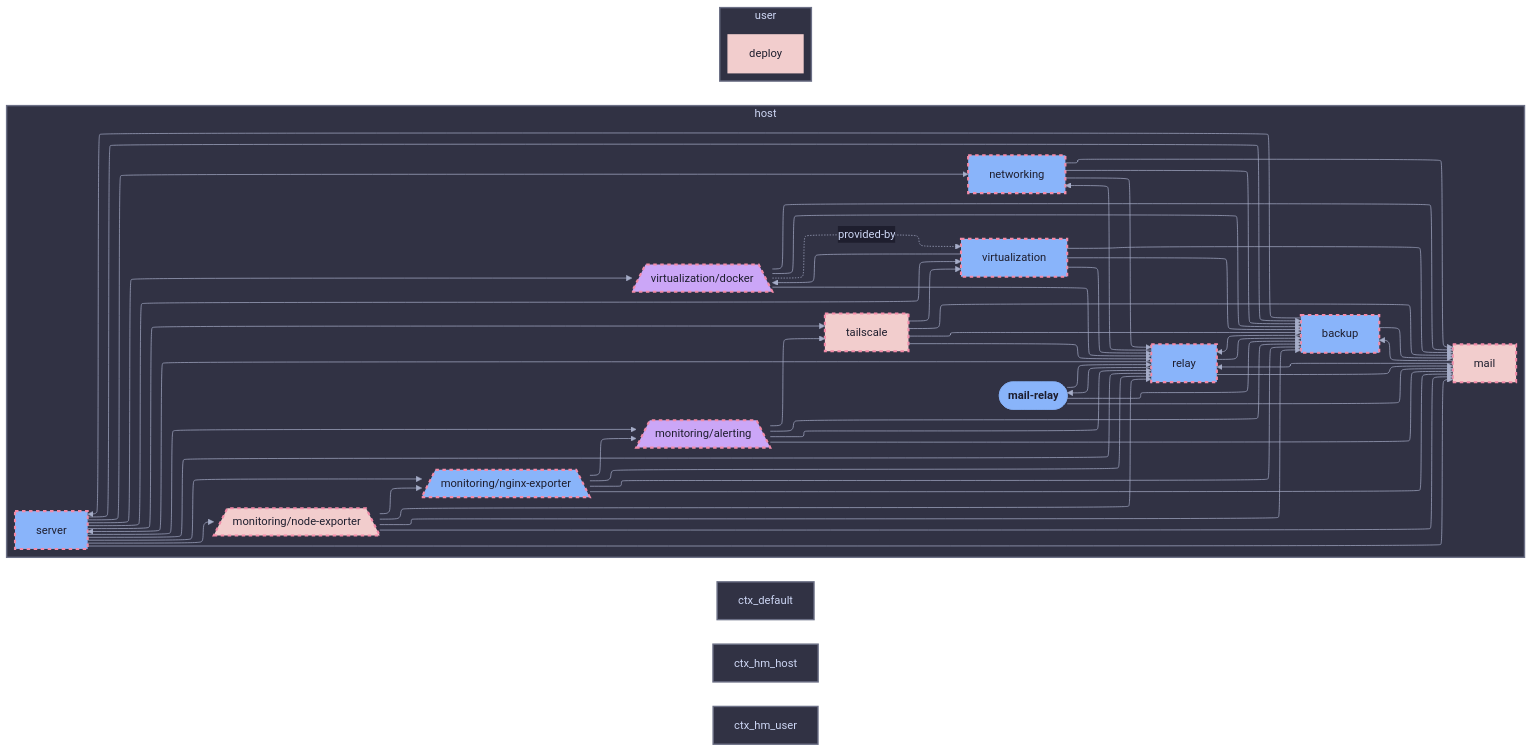
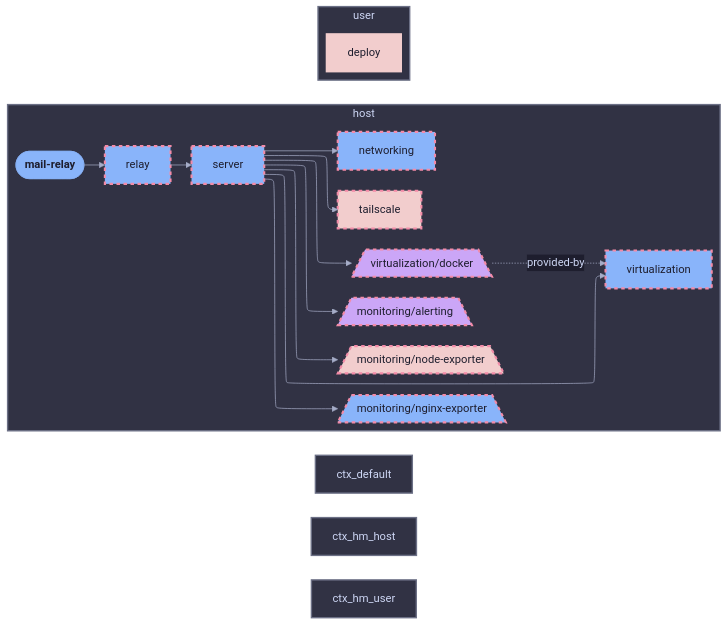
Before and after one commit to sini/den: the diagram in templates/diag-fx-demo/diagrams/mail-relay-diff-classes.md, drawn with Mermaid. The commit also changed 849 other files, not shown here.

Commit message:
chore: update fx diagrams

```diff
--- a/templates/diag-fx-demo/diagrams/mail-relay-diff-classes.md
+++ b/templates/diag-fx-demo/diagrams/mail-relay-diff-classes.md
@@ -9,9 +9,7 @@
 
   subgraph ctx_host["host"]
   monitoring__alerting[/"monitoring/alerting"\]:::monitoring__alerting_c
-  backup["backup"]:::backup_c
   virtualization__docker[/"virtualization/docker"\]:::virtualization__docker_c
-  mail["mail"]:::mail_c
   networking["networking"]:::networking_c
   monitoring__nginx_exporter[/"monitoring/nginx-exporter"\]:::monitoring__nginx_exporter_c
   monitoring__node_exporter[/"monitoring/node-exporter"\]:::monitoring__node_exporter_c
@@ -19,55 +17,15 @@
   server["server"]:::server_c
   tailscale["tailscale"]:::tailscale_c
   virtualization["virtualization"]:::virtualization_c
-  backup --> mail
-  backup --> relay
-  backup --> server
-  mail --> backup
-  mail --> relay
-  mail_relay --> backup
-  mail_relay --> mail
   mail_relay --> relay
-  monitoring__alerting --> backup
-  monitoring__alerting --> mail
-  monitoring__alerting --> relay
-  monitoring__alerting --> tailscale
-  monitoring__nginx_exporter --> backup
-  monitoring__nginx_exporter --> mail
-  monitoring__nginx_exporter --> monitoring__alerting
-  monitoring__nginx_exporter --> relay
-  monitoring__node_exporter --> backup
-  monitoring__node_exporter --> mail
-  monitoring__node_exporter --> monitoring__nginx_exporter
-  monitoring__node_exporter --> relay
-  networking --> backup
-  networking --> mail
-  networking --> relay
-  relay --> backup
-  relay --> mail
-  relay --> mail_relay
-  relay --> networking
   relay --> server
-  server --> backup
-  server --> mail
   server --> monitoring__alerting
   server --> monitoring__nginx_exporter
   server --> monitoring__node_exporter
   server --> networking
-  server --> relay
   server --> tailscale
   server --> virtualization
   server --> virtualization__docker
-  tailscale --> backup
-  tailscale --> mail
-  tailscale --> relay
-  tailscale --> virtualization
-  virtualization --> backup
-  virtualization --> mail
-  virtualization --> relay
-  virtualization --> virtualization__docker
-  virtualization__docker --> backup
-  virtualization__docker --> mail
-  virtualization__docker --> relay
   virtualization__docker -.->|provided-by| virtualization
   end
   subgraph ctx_user["user"]
@@ -78,10 +36,8 @@
 
   classDef root fill:#89b4fa,stroke:#89b4fa,color:#1e1e2e,font-weight:bold
   classDef monitoring__alerting_c fill:#cba6f7,stroke:#f38ba8,color:#1e1e2e,stroke-dasharray: 5 5,stroke-width:3px
-  classDef backup_c fill:#89b4fa,stroke:#f38ba8,color:#1e1e2e,stroke-dasharray: 5 5,stroke-width:3px
   classDef deploy_c fill:#f2cdcd,stroke:#f2cdcd,color:#1e1e2e,stroke-width:2px
   classDef virtualization__docker_c fill:#cba6f7,stroke:#f38ba8,color:#1e1e2e,stroke-dasharray: 5 5,stroke-width:3px
-  classDef mail_c fill:#f2cdcd,stroke:#f38ba8,color:#1e1e2e,stroke-dasharray: 5 5,stroke-width:3px
   classDef mail_relay_c fill:#cba6f7,stroke:#f38ba8,color:#1e1e2e,stroke-dasharray: 5 5,stroke-width:3px
   classDef networking_c fill:#89b4fa,stroke:#f38ba8,color:#1e1e2e,stroke-dasharray: 5 5,stroke-width:3px
   classDef monitoring__nginx_exporter_c fill:#89b4fa,stroke:#f38ba8,color:#1e1e2e,stroke-dasharray: 5 5,stroke-width:3px
```
